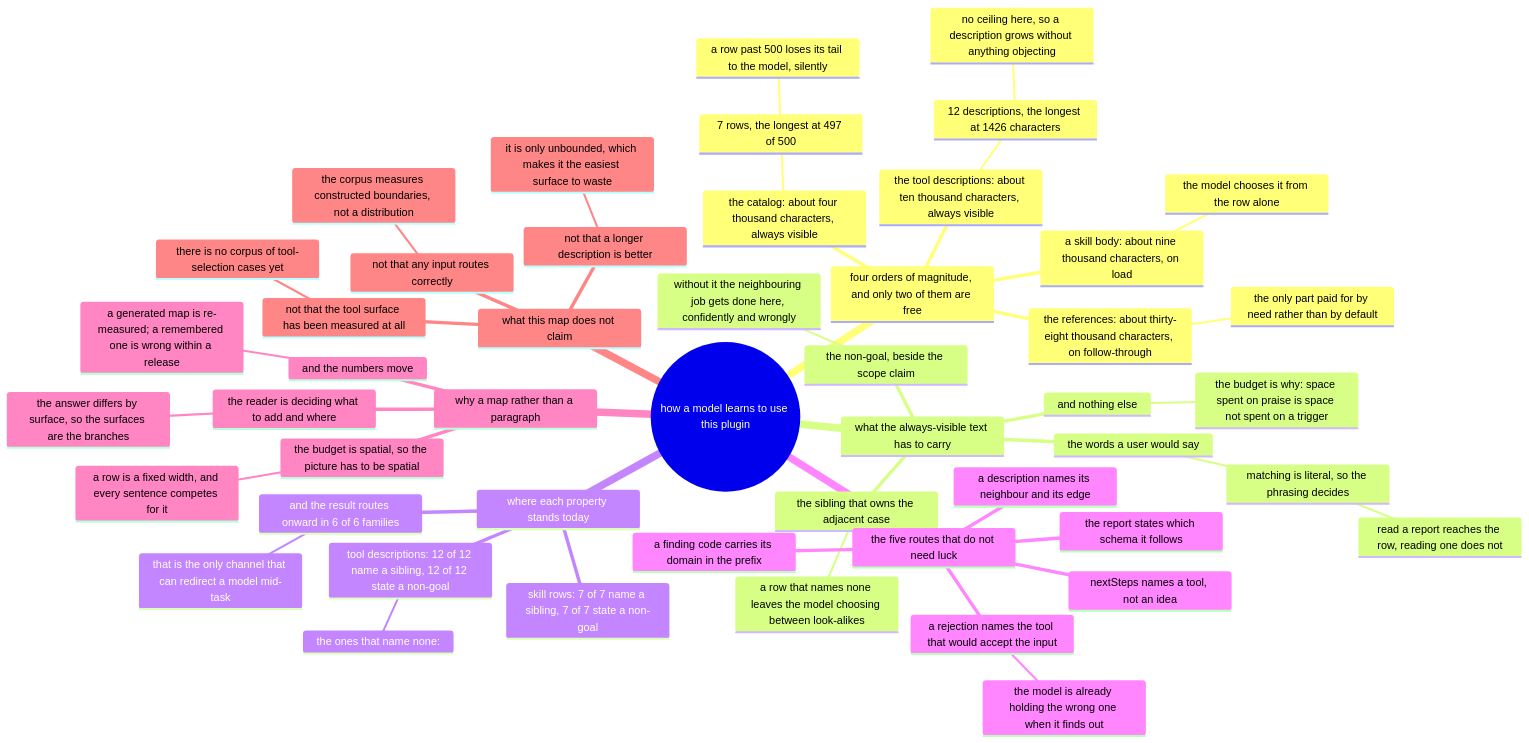
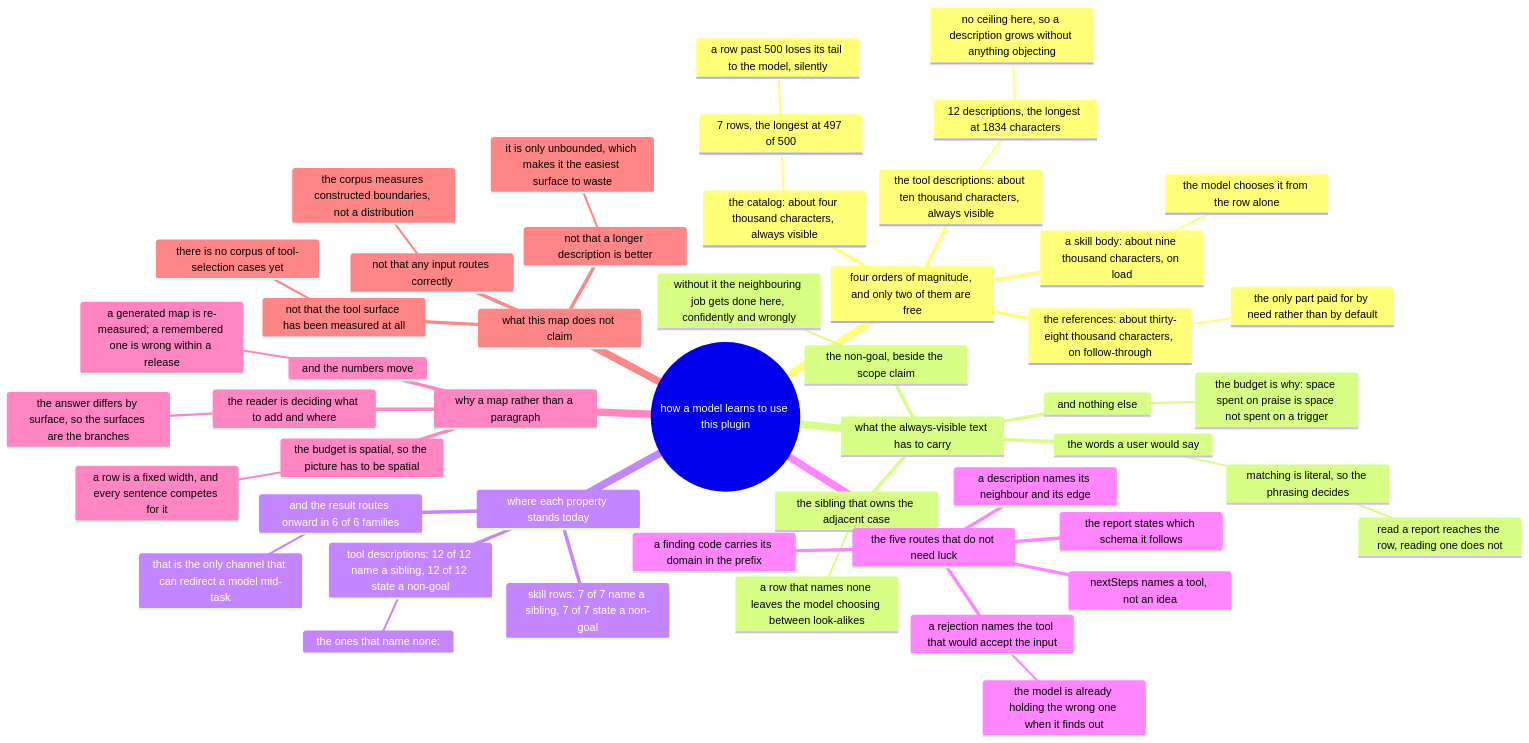
One commit to AmethystLuna/dsh-model-everything changed the diagram in docs/toolset/mindmap.mmd. Above: the diagram before and after it, drawn with Mermaid. The commit also changed 21 other files, not shown here.

```diff
--- a/docs/toolset/mindmap.mmd
+++ b/docs/toolset/mindmap.mmd
@@ -1,50 +1,50 @@
 mindmap
 root((how a model learns to use this plugin))
   four orders of magnitude, and only two of them are free
     the catalog: about four thousand characters, always visible
       7 rows, the longest at 497 of 500
         a row past 500 loses its tail to the model, silently
     the tool descriptions: about ten thousand characters, always visible
-      12 descriptions, the longest at 1426 characters
+      12 descriptions, the longest at 1834 characters
         no ceiling here, so a description grows without anything objecting
     a skill body: about nine thousand characters, on load
       the model chooses it from the row alone
     the references: about thirty-eight thousand characters, on follow-through
       the only part paid for by need rather than by default
   what the always-visible text has to carry
     the words a user would say
       matching is literal, so the phrasing decides
         read a report reaches the row, reading one does not
     the sibling that owns the adjacent case
       a row that names none leaves the model choosing between look-alikes
     the non-goal, beside the scope claim
       without it the neighbouring job gets done here, confidently and wrongly
     and nothing else
       the budget is why: space spent on praise is space not spent on a trigger
   where each property stands today
     skill rows: 7 of 7 name a sibling, 7 of 7 state a non-goal
     tool descriptions: 12 of 12 name a sibling, 12 of 12 state a non-goal
       the ones that name none: 
     and the result routes onward in 6 of 6 families
       that is the only channel that can redirect a model mid-task
   the five routes that do not need luck
     a rejection names the tool that would accept the input
       the model is already holding the wrong one when it finds out
     nextSteps names a tool, not an idea
     a finding code carries its domain in the prefix
     the report states which schema it follows
     a description names its neighbour and its edge
   why a map rather than a paragraph
     the budget is spatial, so the picture has to be spatial
       a row is a fixed width, and every sentence competes for it
     the reader is deciding what to add and where
       the answer differs by surface, so the surfaces are the branches
     and the numbers move
       a generated map is re-measured; a remembered one is wrong within a release
   what this map does not claim
     not that any input routes correctly
       the corpus measures constructed boundaries, not a distribution
     not that the tool surface has been measured at all
       there is no corpus of tool-selection cases yet
     not that a longer description is better
       it is only unbounded, which makes it the easiest surface to waste
```
